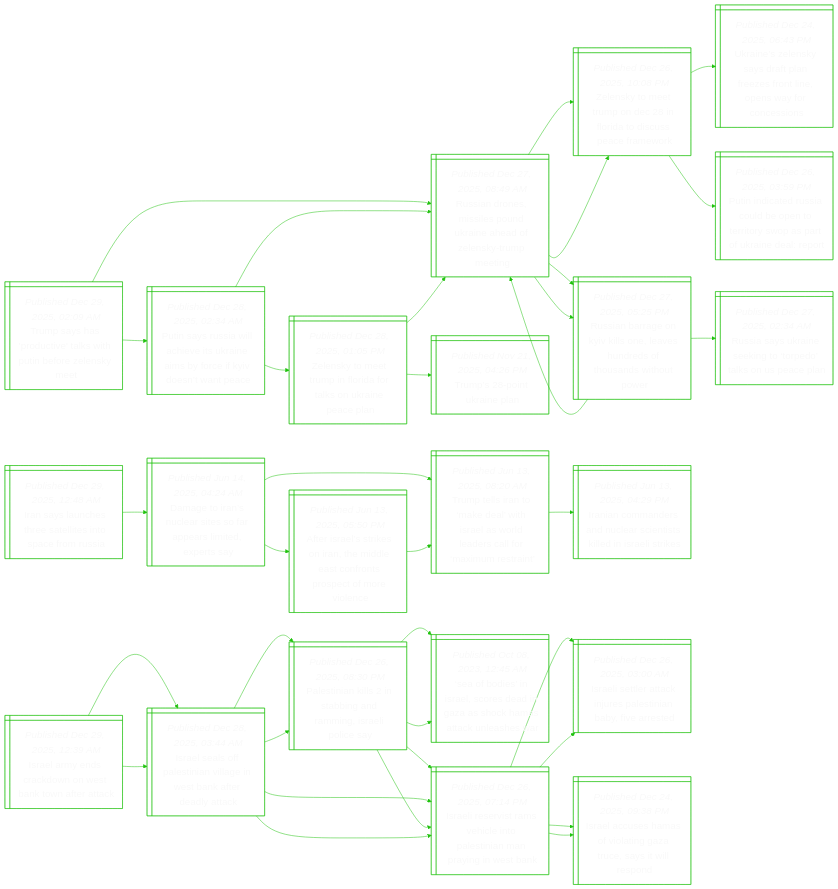
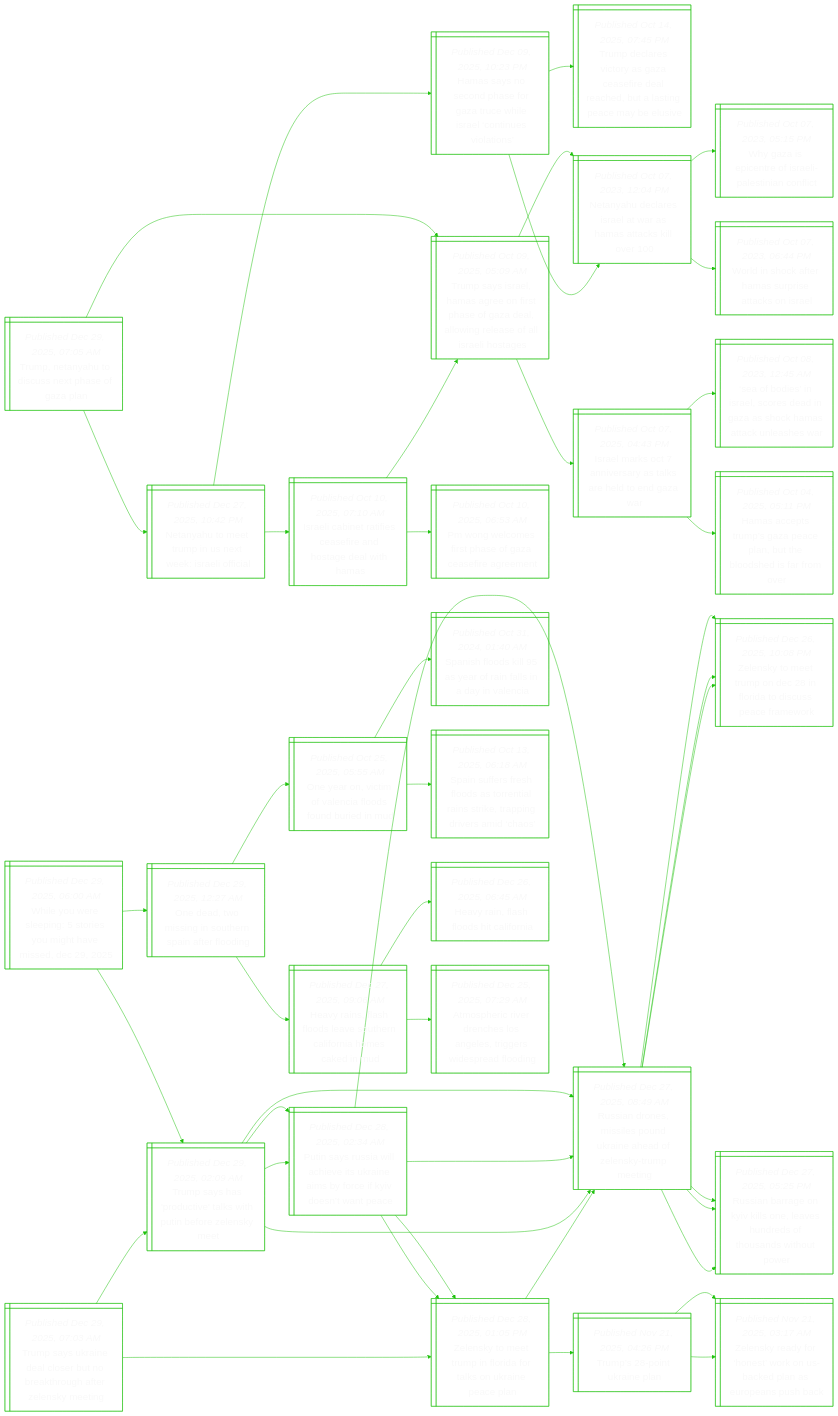
The diagram in README.md (notJmes/notJmes), drawn with Mermaid before and after one commit. The commit also changed other lines of this file, not shown here.

````diff
--- a/README.md
+++ b/README.md
@@ -16,115 +16,142 @@
 flowchart LR
 classDef txtsize font-size:20px;
 
+TNyouxsaa@{ shape: win-pane, label: "_Published Dec 29, 2025, 07:05 AM_
+Trump, netanyahu to discuss next phase of gaza plan" }
+NyoTieeafa@{ shape: win-pane, label: "_Published Dec 27, 2025, 10:42 PM_
+Netanyahu to meet trump in us next week: israeli official" }
+HsonsGrhscnii@{ shape: win-pane, label: "_Published Dec 09, 2025, 10:23 PM_
+Hamas says no second phase for gaza truce while israel ‘continues violations’" }
+Tdrcaaededlncbs@{ shape: win-pane, label: "_Published Oct 14, 2025, 07:45 PM_
+Trump declares victory as gaza ceasefire deal reached, but a lasting peace may be elusive" }
+NyeeawHakl@{ shape: win-pane, label: "_Published Oct 07, 2023, 12:04 PM_
+Netanyahu declares israel at war as hamas attacks kill over 100" }
+Iliaeseoewa@{ shape: win-pane, label: "_Published Oct 10, 2025, 07:10 AM_
+Israeli cabinet ratifies ceasefire and hostage deal with hamas" }
+TssHaossaaorslaoe@{ shape: win-pane, label: "_Published Oct 09, 2025, 05:09 AM_
+Trump says israel, hamas agree on first phase of gaza deal, allowing release of all israeli hostages" }
+Pgoihfcfge@{ shape: win-pane, label: "_Published Oct 10, 2025, 06:53 AM_
+Pm wong welcomes first phase of gaza ceasefire agreement" }
+TssHaossaaorslaoe@{ shape: win-pane, label: "_Published Oct 09, 2025, 05:09 AM_
+Trump says israel, hamas agree on first phase of gaza deal, allowing release of all israeli hostages" }
+Ilsnrakhoar@{ shape: win-pane, label: "_Published Oct 07, 2025, 04:43 PM_
+Israel marks oct 7 anniversary as talks are held to end gaza war" }
+Sbsrcdnacaale@{ shape: win-pane, label: "_Published Oct 08, 2023, 12:45 AM_
+‘sea of bodies’ in israel, scores dead in gaza as shock hamas attack unleashes war" }
+Hatmzcnhodro@{ shape: win-pane, label: "_Published Oct 04, 2025, 05:11 PM_
+Hamas accepts trump’s gaza peace plan, but the bloodshed is far from over" }
+NyeeawHakl@{ shape: win-pane, label: "_Published Oct 07, 2023, 12:04 PM_
+Netanyahu declares israel at war as hamas attacks kill over 100" }
+WzptIleint@{ shape: win-pane, label: "_Published Oct 07, 2023, 05:15 PM_
+Why gaza is epicentre of israeli-palestinian conflict" }
+Wiceapaks@{ shape: win-pane, label: "_Published Oct 07, 2023, 06:44 PM_
+World in shock after hamas surprise attacks on israel" }
+
+TNyouxsaa:::txtsize --> NyoTieeafa:::txtsize
+NyoTieeafa:::txtsize --> HsonsGrhscnii:::txtsize
+HsonsGrhscnii:::txtsize --> Tdrcaaededlncbs:::txtsize
+HsonsGrhscnii:::txtsize --> NyeeawHakl:::txtsize
+NyoTieeafa:::txtsize --> Iliaeseoewa:::txtsize
+Iliaeseoewa:::txtsize --> TssHaossaaorslaoe:::txtsize
+Iliaeseoewa:::txtsize --> Pgoihfcfge:::txtsize
+TNyouxsaa:::txtsize --> TssHaossaaorslaoe:::txtsize
+TssHaossaaorslaoe:::txtsize --> Ilsnrakhoar:::txtsize
+Ilsnrakhoar:::txtsize --> Sbsrcdnacaale:::txtsize
+Ilsnrakhoar:::txtsize --> Hatmzcnhodro:::txtsize
+TssHaossaaorslaoe:::txtsize --> NyeeawHakl:::txtsize
+NyeeawHakl:::txtsize --> WzptIleint:::txtsize
+NyeeawHakl:::txtsize --> Wiceapaks:::txtsize
+
+Tskecrokutlyi@{ shape: win-pane, label: "_Published Dec 29, 2025, 07:03 AM_
+Trump says ukraine deal closer but no breakthrough after zelensky meeting" }
+Zsmrnirsrpp@{ shape: win-pane, label: "_Published Dec 28, 2025, 01:05 PM_
+Zelensky to meet trump in florida for talks on ukraine peace plan" }
+RanssdieZsue@{ shape: win-pane, label: "_Published Dec 27, 2025, 08:49 AM_
+Russian drones, missiles pound ukraine ahead of zelensky-trump meeting" }
+Zsmrnnidscmk@{ shape: win-pane, label: "_Published Dec 26, 2025, 10:08 PM_
+Zelensky to meet trump on dec 28 in florida to discuss peace framework" }
+Rarnkoaudhntp@{ shape: win-pane, label: "_Published Dec 27, 2025, 05:25 PM_
+Russian barrage on kyiv kills one, leaves hundreds of thousands without power" }
+Tstia@{ shape: win-pane, label: "_Published Nov 21, 2025, 04:26 PM_
+Trump’s 28-point ukraine plan" }
+Zsarskbdaosb@{ shape: win-pane, label: "_Published Nov 21, 2025, 03:17 AM_
+Zelensky ready for ‘honest’ work on us-backed plan as europeans push back" }
+Zsarskbdaosb@{ shape: win-pane, label: "_Published Nov 21, 2025, 03:17 AM_
+Zelensky ready for ‘honest’ work on us-backed plan as europeans push back" }
 Tsadvkhnrem@{ shape: win-pane, label: "_Published Dec 29, 2025, 02:09 AM_
 Trump says has 'productive' talks with putin before zelensky meet" }
 RanssdieZsue@{ shape: win-pane, label: "_Published Dec 27, 2025, 08:49 AM_
 Russian drones, missiles pound ukraine ahead of zelensky-trump meeting" }
 Zsmrnnidscmk@{ shape: win-pane, label: "_Published Dec 26, 2025, 10:08 PM_
 Zelensky to meet trump on dec 28 in florida to discuss peace framework" }
-Unlydprstowren@{ shape: win-pane, label: "_Published Dec 24, 2025, 06:43 PM_
-Ukraine’s zelensky says draft plan freezes front line, opens way for concessions" }
-PiaucbnrrprkeRt@{ shape: win-pane, label: "_Published Dec 26, 2025, 03:59 PM_
-Putin indicated russia could be open to territory swop as part of ukraine deal: report" }
 Rarnkoaudhntp@{ shape: win-pane, label: "_Published Dec 27, 2025, 05:25 PM_
 Russian barrage on kyiv kills one, leaves hundreds of thousands without power" }
-RaUnkoelUcn@{ shape: win-pane, label: "_Published Dec 27, 2025, 02:34 AM_
-Russia says ukraine seeking to ‘torpedo’ talks on us peace plan" }
+Psuwcekebcyeaa@{ shape: win-pane, label: "_Published Dec 28, 2025, 02:34 AM_
+Putin says russia will achieve its ukraine aims by force if kyiv doesn’t want peace" }
 RanssdieZsue@{ shape: win-pane, label: "_Published Dec 27, 2025, 08:49 AM_
 Russian drones, missiles pound ukraine ahead of zelensky-trump meeting" }
-Psuwcekebcyeaa@{ shape: win-pane, label: "_Published Dec 28, 2025, 02:34 AM_
-Putin says russia will achieve its ukraine aims by force if kyiv doesn’t want peace" }
+Zsmrnirsrpp@{ shape: win-pane, label: "_Published Dec 28, 2025, 01:05 PM_
+Zelensky to meet trump in florida for talks on ukraine peace plan" }
+
+Tskecrokutlyi:::txtsize --> Zsmrnirsrpp:::txtsize
+Zsmrnirsrpp:::txtsize --> RanssdieZsue:::txtsize
+RanssdieZsue:::txtsize --> Zsmrnnidscmk:::txtsize
+RanssdieZsue:::txtsize --> Rarnkoaudhntp:::txtsize
+Zsmrnirsrpp:::txtsize --> Tstia:::txtsize
+Tstia:::txtsize --> Zsarskbdaosb:::txtsize
+Tstia:::txtsize --> Zsarskbdaosb:::txtsize
+Tskecrokutlyi:::txtsize --> Tsadvkhnrem:::txtsize
+Tsadvkhnrem:::txtsize --> RanssdieZsue:::txtsize
+RanssdieZsue:::txtsize --> Zsmrnnidscmk:::txtsize
+RanssdieZsue:::txtsize --> Rarnkoaudhntp:::txtsize
+Tsadvkhnrem:::txtsize --> Psuwcekebcyeaa:::txtsize
+Psuwcekebcyeaa:::txtsize --> RanssdieZsue:::txtsize
+Psuwcekebcyeaa:::txtsize --> Zsmrnirsrpp:::txtsize
+
+WYresemhiD@{ shape: win-pane, label: "_Published Dec 29, 2025, 06:00 AM_
+While you were sleeping: 5 stories you might have missed, dec 29, 2025" }
+Tsadvkhnrem@{ shape: win-pane, label: "_Published Dec 29, 2025, 02:09 AM_
+Trump says has 'productive' talks with putin before zelensky meet" }
 RanssdieZsue@{ shape: win-pane, label: "_Published Dec 27, 2025, 08:49 AM_
 Russian drones, missiles pound ukraine ahead of zelensky-trump meeting" }
 Zsmrnnidscmk@{ shape: win-pane, label: "_Published Dec 26, 2025, 10:08 PM_
 Zelensky to meet trump on dec 28 in florida to discuss peace framework" }
 Rarnkoaudhntp@{ shape: win-pane, label: "_Published Dec 27, 2025, 05:25 PM_
 Russian barrage on kyiv kills one, leaves hundreds of thousands without power" }
+Psuwcekebcyeaa@{ shape: win-pane, label: "_Published Dec 28, 2025, 02:34 AM_
+Putin says russia will achieve its ukraine aims by force if kyiv doesn’t want peace" }
+RanssdieZsue@{ shape: win-pane, label: "_Published Dec 27, 2025, 08:49 AM_
+Russian drones, missiles pound ukraine ahead of zelensky-trump meeting" }
 Zsmrnirsrpp@{ shape: win-pane, label: "_Published Dec 28, 2025, 01:05 PM_
 Zelensky to meet trump in florida for talks on ukraine peace plan" }
-RanssdieZsue@{ shape: win-pane, label: "_Published Dec 27, 2025, 08:49 AM_
-Russian drones, missiles pound ukraine ahead of zelensky-trump meeting" }
-Tstia@{ shape: win-pane, label: "_Published Nov 21, 2025, 04:26 PM_
-Trump’s 28-point ukraine plan" }
+Oamnorieo@{ shape: win-pane, label: "_Published Dec 29, 2025, 12:27 AM_
+One dead, two missing in southern spain after flooding" }
+Oaioefsdeu@{ shape: win-pane, label: "_Published Oct 25, 2025, 05:55 AM_
+One year on, victim of valencia floods found buried in mud" }
+Ssoleranie@{ shape: win-pane, label: "_Published Oct 31, 2024, 01:40 AM_
+Spanish floods kill 95 as year of rain falls in a day in valencia" }
+Ssrsotnrseprsc@{ shape: win-pane, label: "_Published Oct 13, 2025, 06:18 AM_
+Spain suffers fresh floods as torrential rains strike, trapping drivers amid ‘chaos’" }
+Hrffseharoan@{ shape: win-pane, label: "_Published Dec 27, 2025, 09:06 AM_
+Heavy rains, flash floods leave southern california homes caked in mud" }
+Hrllhln@{ shape: win-pane, label: "_Published Dec 26, 2025, 06:45 AM_
+Heavy rain, flash floods hit california" }
+Apcrcoerreao@{ shape: win-pane, label: "_Published Dec 25, 2025, 07:29 AM_
+Atmospheric river drenches los angeles, triggers widespread flooding" }
 
+WYresemhiD:::txtsize --> Tsadvkhnrem:::txtsize
 Tsadvkhnrem:::txtsize --> RanssdieZsue:::txtsize
 RanssdieZsue:::txtsize --> Zsmrnnidscmk:::txtsize
-Zsmrnnidscmk:::txtsize --> Unlydprstowren:::txtsize
-Zsmrnnidscmk:::txtsize --> PiaucbnrrprkeRt:::txtsize
 RanssdieZsue:::txtsize --> Rarnkoaudhntp:::txtsize
-Rarnkoaudhntp:::txtsize --> RaUnkoelUcn:::txtsize
-Rarnkoaudhntp:::txtsize --> RanssdieZsue:::txtsize
 Tsadvkhnrem:::txtsize --> Psuwcekebcyeaa:::txtsize
 Psuwcekebcyeaa:::txtsize --> RanssdieZsue:::txtsize
-RanssdieZsue:::txtsize --> Zsmrnnidscmk:::txtsize
-RanssdieZsue:::txtsize --> Rarnkoaudhntp:::txtsize
 Psuwcekebcyeaa:::txtsize --> Zsmrnirsrpp:::txtsize
-Zsmrnirsrpp:::txtsize --> RanssdieZsue:::txtsize
-Zsmrnirsrpp:::txtsize --> Tstia:::txtsize
-
-Iauselssfu@{ shape: win-pane, label: "_Published Dec 29, 2025, 12:48 AM_
-Iran says launches three satellites into space from russia" }
-Deacssarixs@{ shape: win-pane, label: "_Published Jun 14, 2025, 04:24 AM_
-Damage to iran’s nuclear sites so far appears limited, experts say" }
-TtIodirsdelmutt@{ shape: win-pane, label: "_Published Jun 13, 2025, 08:20 AM_
-Trump tells iran to ‘make deal’ with israel as world leaders call for ‘maximum restraint’" }
-IamrnaetlIli@{ shape: win-pane, label: "_Published Jun 13, 2025, 04:29 PM_
-Iranian commanders and nuclear scientists killed in israeli strikes" }
-AIlintdantsoee@{ shape: win-pane, label: "_Published Jun 13, 2025, 05:50 PM_
-After israel’s strikes on iran, the middle east confronts prospect of more violence" }
-TtIodirsdelmutt@{ shape: win-pane, label: "_Published Jun 13, 2025, 08:20 AM_
-Trump tells iran to ‘make deal’ with israel as world leaders call for ‘maximum restraint’" }
-
-Iauselssfu:::txtsize --> Deacssarixs:::txtsize
-Deacssarixs:::txtsize --> TtIodirsdelmutt:::txtsize
-TtIodirsdelmutt:::txtsize --> IamrnaetlIli:::txtsize
-Deacssarixs:::txtsize --> AIlintdantsoee:::txtsize
-AIlintdantsoee:::txtsize --> TtIodirsdelmutt:::txtsize
-
-IleroWawea@{ shape: win-pane, label: "_Published Dec 29, 2025, 12:39 AM_
-Israel army ends crackdown on west bank town after attack" }
-Ilsaivgenedt@{ shape: win-pane, label: "_Published Dec 28, 2025, 03:44 AM_
-Israel seals off palestinian village in west bank after deadly attack" }
-Ptnsagagela@{ shape: win-pane, label: "_Published Dec 26, 2025, 08:30 PM_
-Palestinian kills 2 in stabbing and ramming, israeli police say" }
-Sbsrcdnacaale@{ shape: win-pane, label: "_Published Oct 08, 2023, 12:45 AM_
-‘sea of bodies’ in israel, scores dead in gaza as shock hamas attack unleashes war" }
-Iletvlosapnen@{ shape: win-pane, label: "_Published Dec 26, 2025, 07:14 PM_
-Israeli reservist rams vehicle into palestinian man praying in west bank" }
-Iletvlosapnen@{ shape: win-pane, label: "_Published Dec 26, 2025, 07:14 PM_
-Israeli reservist rams vehicle into palestinian man praying in west bank" }
-Ilttieeibes@{ shape: win-pane, label: "_Published Dec 26, 2025, 03:00 AM_
-Israeli settler attack injures palestinian baby, five arrested" }
-Ilsmvtauyis@{ shape: win-pane, label: "_Published Dec 24, 2025, 09:38 PM_
-Israel accuses hamas of violating gaza truce, says it will respond" }
-Ilsaivgenedt@{ shape: win-pane, label: "_Published Dec 28, 2025, 03:44 AM_
-Israel seals off palestinian village in west bank after deadly attack" }
-Ptnsagagela@{ shape: win-pane, label: "_Published Dec 26, 2025, 08:30 PM_
-Palestinian kills 2 in stabbing and ramming, israeli police say" }
-Sbsrcdnacaale@{ shape: win-pane, label: "_Published Oct 08, 2023, 12:45 AM_
-‘sea of bodies’ in israel, scores dead in gaza as shock hamas attack unleashes war" }
-Iletvlosapnen@{ shape: win-pane, label: "_Published Dec 26, 2025, 07:14 PM_
-Israeli reservist rams vehicle into palestinian man praying in west bank" }
-Iletvlosapnen@{ shape: win-pane, label: "_Published Dec 26, 2025, 07:14 PM_
-Israeli reservist rams vehicle into palestinian man praying in west bank" }
-Ilttieeibes@{ shape: win-pane, label: "_Published Dec 26, 2025, 03:00 AM_
-Israeli settler attack injures palestinian baby, five arrested" }
-Ilsmvtauyis@{ shape: win-pane, label: "_Published Dec 24, 2025, 09:38 PM_
-Israel accuses hamas of violating gaza truce, says it will respond" }
-
-IleroWawea:::txtsize --> Ilsaivgenedt:::txtsize
-Ilsaivgenedt:::txtsize --> Ptnsagagela:::txtsize
-Ptnsagagela:::txtsize --> Sbsrcdnacaale:::txtsize
-Ptnsagagela:::txtsize --> Iletvlosapnen:::txtsize
-Ilsaivgenedt:::txtsize --> Iletvlosapnen:::txtsize
-Iletvlosapnen:::txtsize --> Ilttieeibes:::txtsize
-Iletvlosapnen:::txtsize --> Ilsmvtauyis:::txtsize
-IleroWawea:::txtsize --> Ilsaivgenedt:::txtsize
-Ilsaivgenedt:::txtsize --> Ptnsagagela:::txtsize
-Ptnsagagela:::txtsize --> Sbsrcdnacaale:::txtsize
-Ptnsagagela:::txtsize --> Iletvlosapnen:::txtsize
-Ilsaivgenedt:::txtsize --> Iletvlosapnen:::txtsize
-Iletvlosapnen:::txtsize --> Ilttieeibes:::txtsize
-Iletvlosapnen:::txtsize --> Ilsmvtauyis:::txtsize
+WYresemhiD:::txtsize --> Oamnorieo:::txtsize
+Oamnorieo:::txtsize --> Oaioefsdeu:::txtsize
+Oaioefsdeu:::txtsize --> Ssoleranie:::txtsize
+Oaioefsdeu:::txtsize --> Ssrsotnrseprsc:::txtsize
+Oamnorieo:::txtsize --> Hrffseharoan:::txtsize
+Hrffseharoan:::txtsize --> Hrllhln:::txtsize
+Hrffseharoan:::txtsize --> Apcrcoerreao:::txtsize
 
 ```
````
